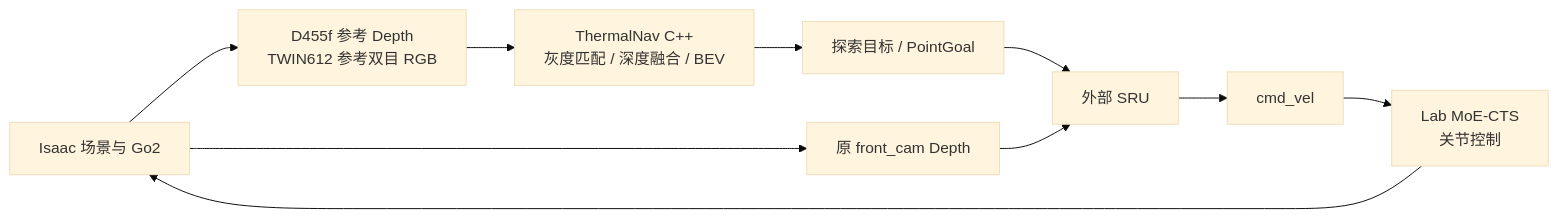
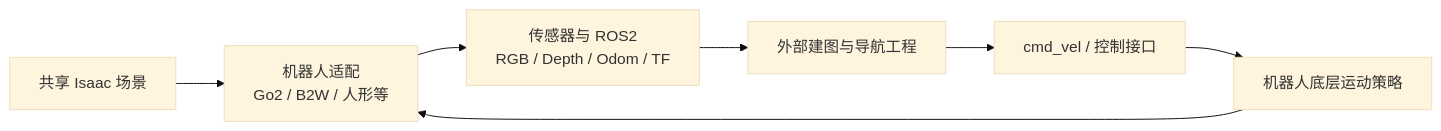
Before and after one commit to L-Anjing/go2_omniverse: the diagram in README.md, drawn with Mermaid (base theme). The commit also changed other lines of this file and 22 other files, not shown here.

````diff
--- a/README.md
+++ b/README.md
@@ -7,8 +9,7 @@
 ```mermaid
 flowchart LR
-    A[Isaac 场景与 Go2] --> B[D455f 参考 Depth<br/>TWIN612 参考双目 RGB]
-    B --> C[ThermalNav C++<br/>灰度匹配 / 深度融合 / BEV]
-    C --> D[探索目标 / PointGoal] --> E[外部 SRU] --> F[cmd_vel]
-    F --> G[Lab MoE-CTS<br/>关节控制] --> A
-    A --> H[原 front_cam Depth] --> E
+    A[共享 Isaac 场景] --> B[机器人适配<br/>Go2 / B2W / 人形等]
+    B --> C[传感器与 ROS2<br/>RGB / Depth / Odom / TF]
+    C --> D[外部建图与导航工程] --> E[cmd_vel / 控制接口]
+    E --> F[机器人底层运动策略] --> B
 ```
````
